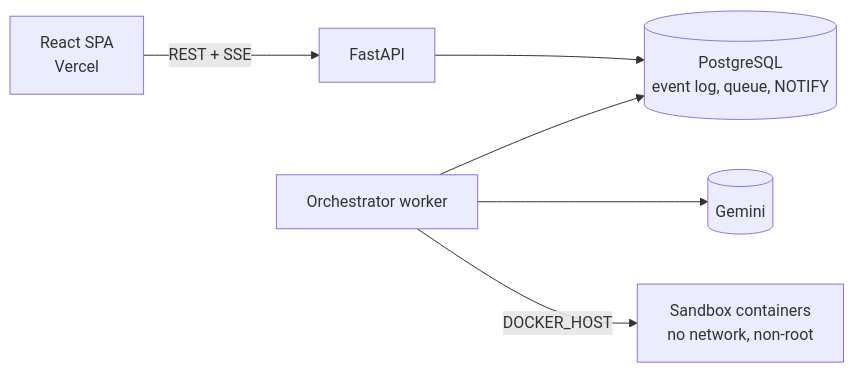
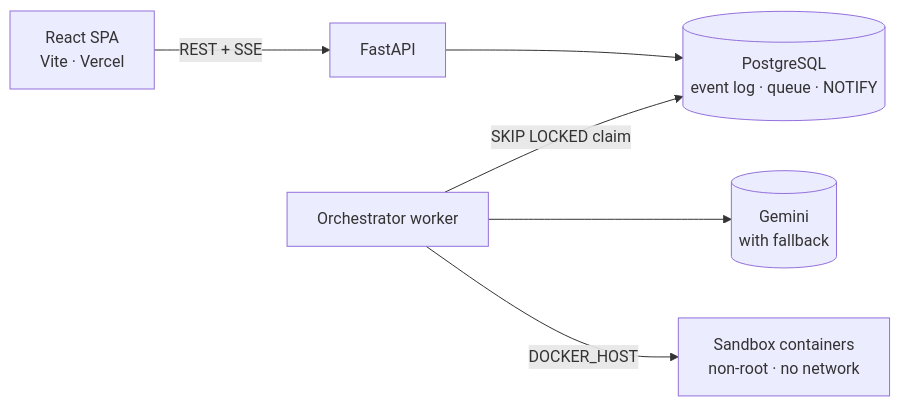
The second of 2 diagrams in README.md (AayushAryan007/Agent-P), drawn with Mermaid before and after one commit. The commit also changed other lines of this file and 7 other files, not shown here.

````diff
--- a/README.md
+++ b/README.md
@@ -21,8 +134,8 @@
 ```mermaid
 flowchart LR
-  spa[React SPA<br/>Vercel] -->|REST + SSE| api[FastAPI]
-  api --> pg[(PostgreSQL<br/>event log, queue, NOTIFY)]
-  worker[Orchestrator worker] --> pg
-  worker --> llm[(Gemini)]
-  worker -->|DOCKER_HOST| sbx[Sandbox containers<br/>no network, non-root]
+  spa[React SPA<br/>Vite · Vercel] -->|REST + SSE| api[FastAPI]
+  api --> pg[(PostgreSQL<br/>event log · queue · NOTIFY)]
+  worker[Orchestrator worker] -->|SKIP LOCKED claim| pg
+  worker --> llm[(Gemini<br/>with fallback)]
+  worker -->|DOCKER_HOST| sbx[Sandbox containers<br/>non-root · no network]
 ```
````
